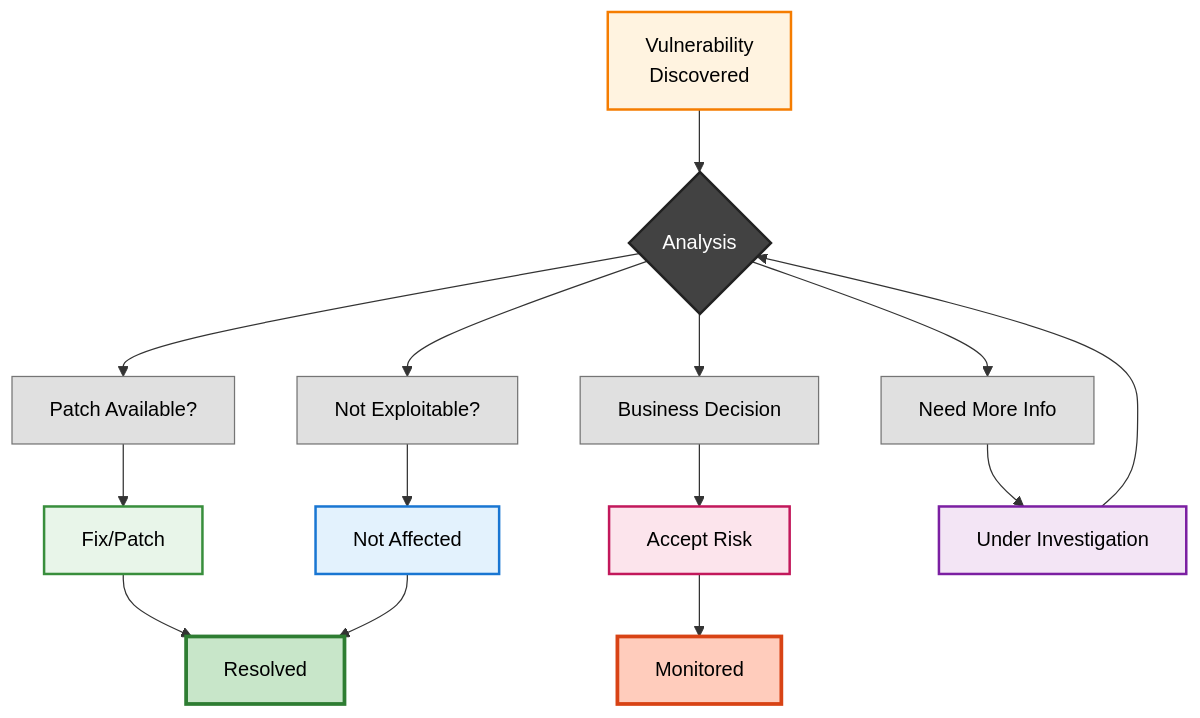
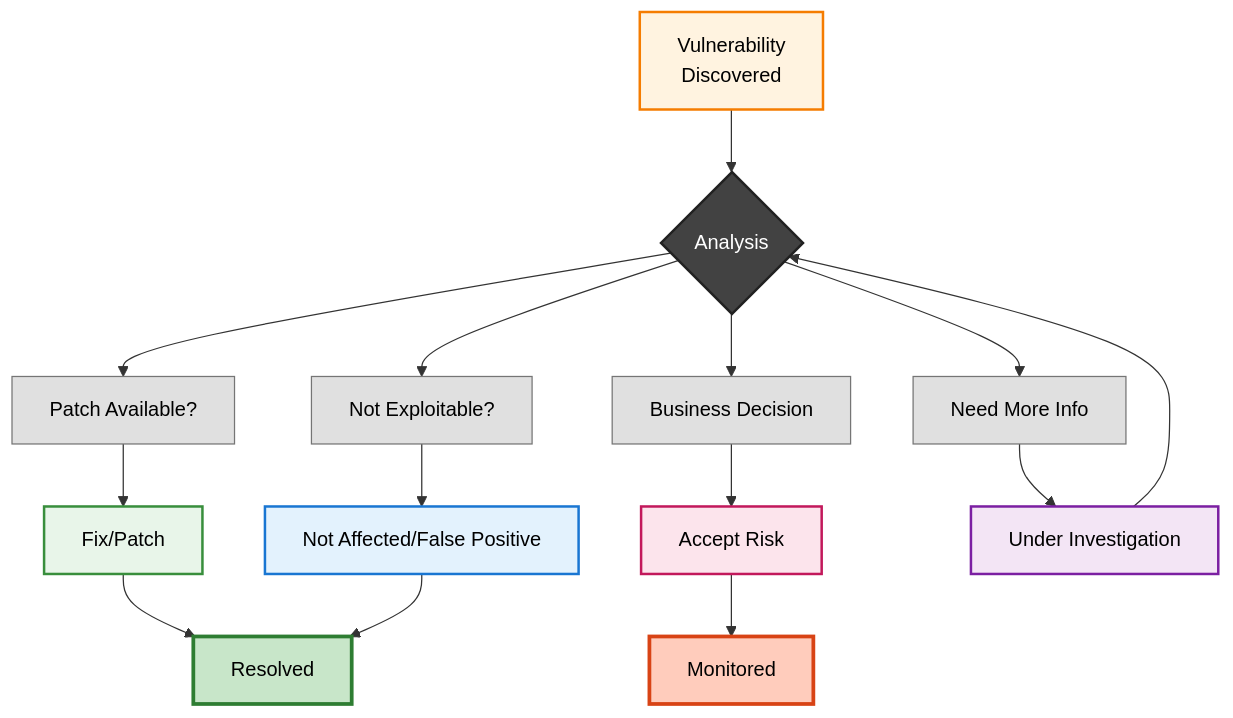
One commit to l3montree-dev/devguard-documentation changed the diagram in src/pages/explanation/vulnerability-management/mitigation-strategies.mdx. Above: the diagram before and after it, drawn with Mermaid. The commit also changed 2 other files, not shown here.

Commit message:
revision mermaid diagram

````diff
--- a/src/pages/explanation/vulnerability-management/mitigation-strategies.mdx
+++ b/src/pages/explanation/vulnerability-management/mitigation-strategies.mdx
@@ -10,37 +10,37 @@
 ```mermaid
 graph TD
     A[Vulnerability<br/>Discovered] --> B{Analysis}
     
     Q1[Patch Available?]
     Q2[Not Exploitable?]
     Q3[Business Decision]
     Q4[Need More Info]
     
     B --> Q1
     B --> Q2
     B --> Q3
     B --> Q4
     
     Q1 --> C[Fix/Patch]
-    Q2 --> D[Not Affected]
+    Q2 --> D[Not Affected/False Positive]
     Q3 --> E[Accept Risk]
     Q4 --> F[Under Investigation]
     
     F --> B
     C --> G[Resolved]
     D --> G
     E --> H[Monitored]
     
     style A fill:#fff3e0,stroke:#f57c00,stroke-width:2px,color:#000
     style B fill:#424242,stroke:#212121,stroke-width:2px,color:#fff
     style Q1 fill:#e0e0e0,stroke:#757575,stroke-width:1px,color:#000
     style Q2 fill:#e0e0e0,stroke:#757575,stroke-width:1px,color:#000
     style Q3 fill:#e0e0e0,stroke:#757575,stroke-width:1px,color:#000
     style Q4 fill:#e0e0e0,stroke:#757575,stroke-width:1px,color:#000
     style C fill:#e8f5e9,stroke:#388e3c,stroke-width:2px,color:#000
     style D fill:#e3f2fd,stroke:#1976d2,stroke-width:2px,color:#000
     style E fill:#fce4ec,stroke:#c2185b,stroke-width:2px,color:#000
     style F fill:#f3e5f5,stroke:#7b1fa2,stroke-width:2px,color:#000
     style G fill:#c8e6c9,stroke:#2e7d32,stroke-width:3px,color:#000
     style H fill:#ffccbc,stroke:#d84315,stroke-width:3px,color:#000
 ```
````
